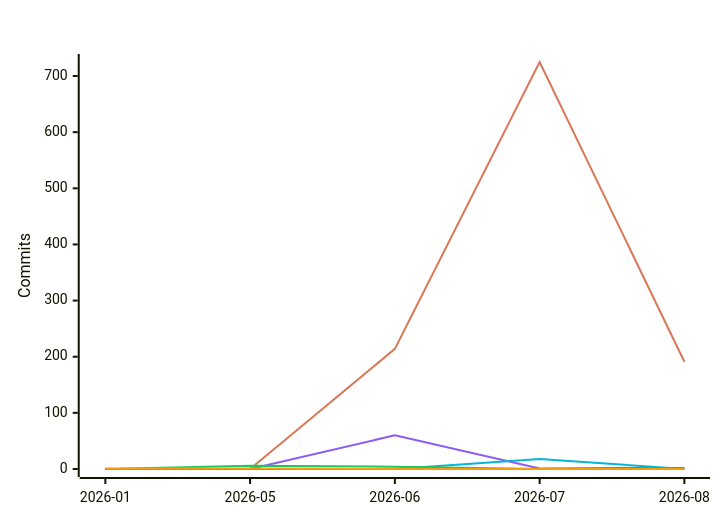
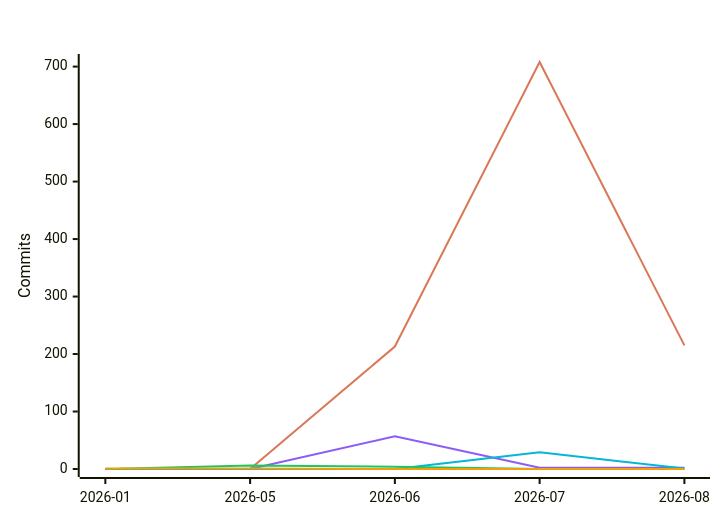
Before and after one commit to polo-nyan/polo-nyan: the fifth of 7 diagrams in README.md, drawn with Mermaid. The commit also changed other lines of this file and 1 other file, not shown here.

````diff
--- a/README.md
+++ b/README.md
@@ -313,12 +313,12 @@
 ```mermaid
 %%{init: {"xyChart": {"titleColor": "#ffffff", "xAxisLabelColor": "#ffffff", "yAxisLabelColor": "#ffffff"}, "themeVariables": {"xyChart": {"titleColor": "#ffffff", "plotColorPalette": "#d97757, #8b5cf6, #06b6d4, #22c55e, #f59e0b, #ec4899"}}}}%%
 xychart-beta
     title "Commits Per Month by Model Family"
     x-axis ["2026-01", "2026-05", "2026-06", "2026-07", "2026-08"]
     y-axis "Commits"
-    line [0, 0, 214, 725, 191]
-    line [0, 0, 60, 1, 2]
-    line [0, 0, 0, 18, 0]
+    line [0, 0, 213, 708, 215]
+    line [0, 0, 57, 2, 2]
+    line [0, 0, 0, 29, 1]
     line [0, 6, 4, 0, 0]
     line [1, 1, 0, 0, 0]
 ```
````
